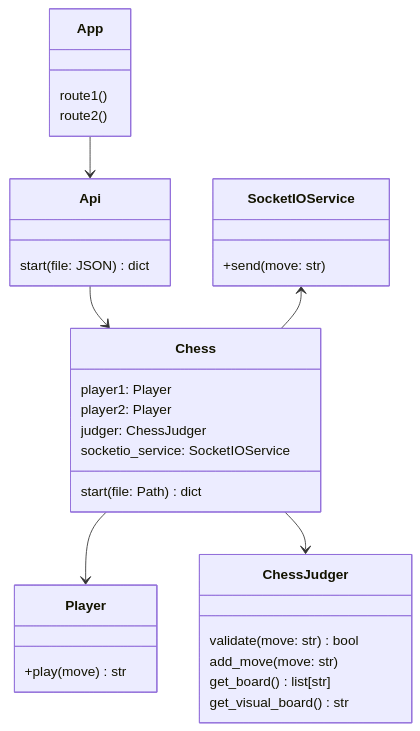
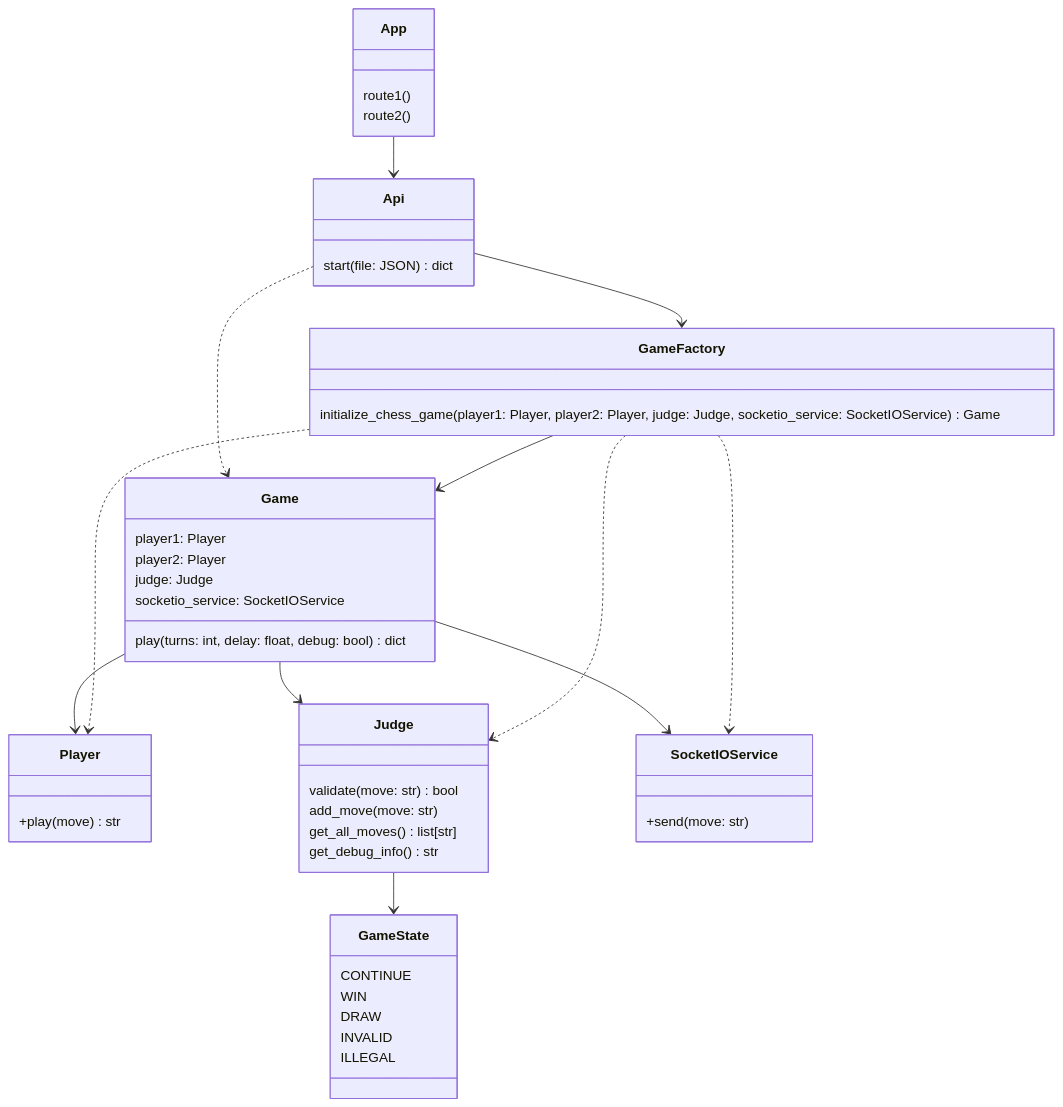
The third of 3 diagrams in docs/architecture.md (game-ai-platform-team/tira-ai-platform), drawn with Mermaid before and after one commit.

Commit message:
docs: Add target backend architecture

````diff
--- a/docs/architecture.md
+++ b/docs/architecture.md
@@ -89,41 +89,59 @@
 ```mermaid
 classDiagram
 
 App --> Api
-Api --> Chess
-Chess --> Player
-Chess --> ChessJudger
-SocketIOService <-- Chess
+Api ..> Game
+Api --> GameFactory
+Game --> Player
+Game --> Judge
+Game --> SocketIOService
+GameFactory --> Game
+GameFactory ..> Judge
+GameFactory ..> Player
+GameFactory ..> SocketIOService
+Judge --> GameState
+
+class GameFactory {
+    initialize_chess_game(player1: Player, player2: Player, judge: Judge, socketio_service: SocketIOService) Game
+}
+
+class Game {
+    play(turns: int, delay: float, debug: bool) dict
+    player1: Player
+    player2: Player
+    judge: Judge
+    socketio_service: SocketIOService
+}
 
 class SocketIOService {
     +send(move: str)
 }
 
-class Chess {
-    start(file: Path) dict
-    player1: Player
-    player2: Player
-    judger: ChessJudger
-    socketio_service: SocketIOService
-}
-
-class ChessJudger {
+class Judge {
     validate(move: str) bool
     add_move(move: str)
-    get_board() list[str]
-    get_visual_board() str
+    get_all_moves() list[str]
+    get_debug_info() str
 }
 
 class Player {
     +play(move) str
+}
+
+class GameState {
+    CONTINUE
+    WIN
+    DRAW
+    INVALID
+    ILLEGAL
 }
 
 class Api {
     start(file: JSON) dict
 }
 
 class App {
     route1()
     route2()
 }
 ```
````
